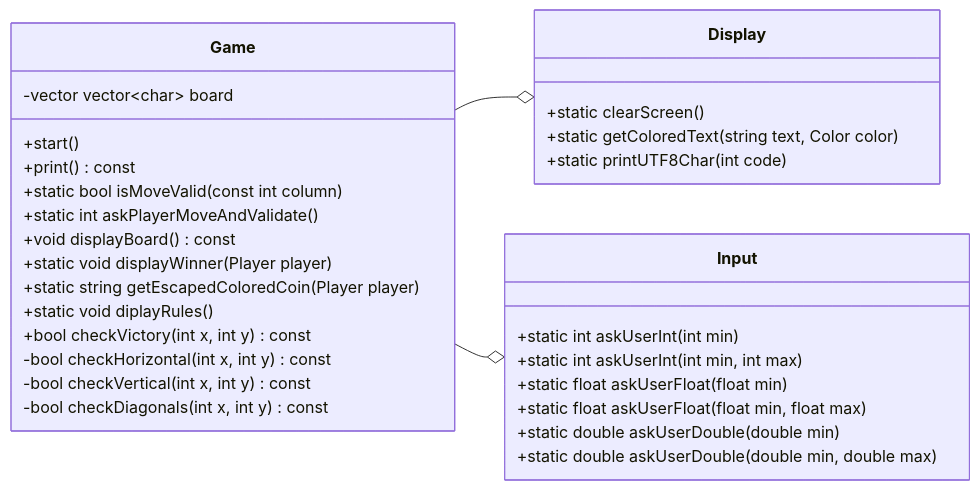
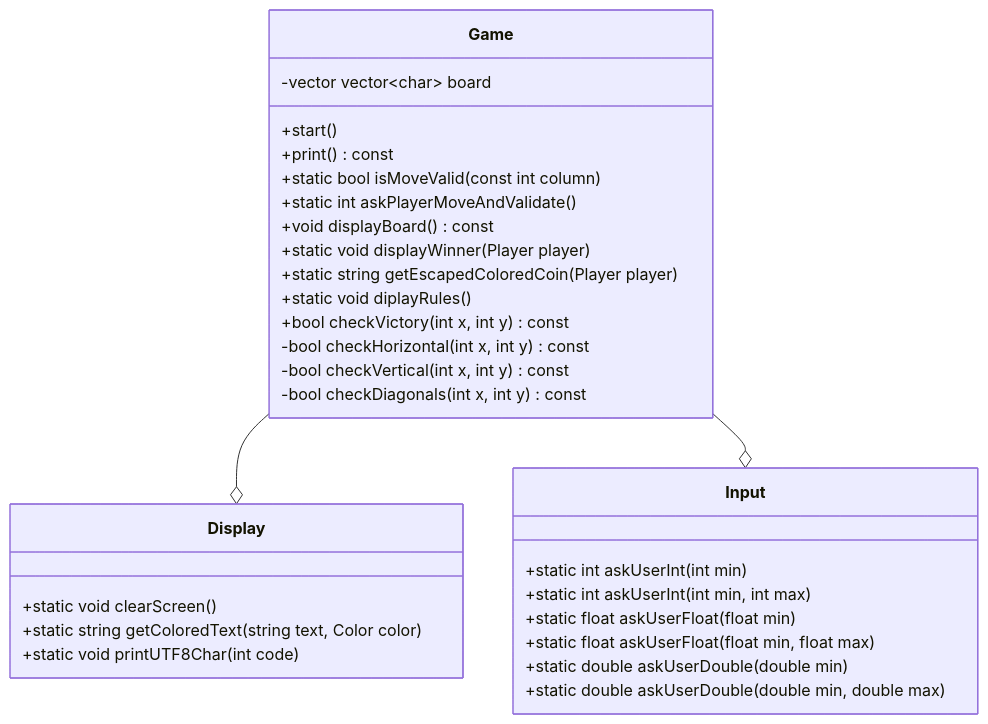
One commit to HEIGVD-PRG1-F-2022/lab05-refactor-emily-samuel changed the diagram in README.md. Above: the diagram before and after it, drawn with Mermaid.

Commit message:
readme: add missing return type

````diff
--- a/README.md
+++ b/README.md
@@ -4,34 +4,33 @@
 ```mermaid
 classDiagram
-	direction LR
 	Game --o Display
 	Game --o Input
 	class Display {
-		+static clearScreen()
-		+static getColoredText(string text, Color color)
-		+static printUTF8Char(int code)
+		+static void clearScreen()
+		+static string getColoredText(string text, Color color)
+		+static void printUTF8Char(int code)
 	}
 	class Input {
 		+static int askUserInt(int min)
 		+static int askUserInt(int min, int max)
 		+static float askUserFloat(float min)
 		+static float askUserFloat(float min, float max)
 		+static double askUserDouble(double min)
 		+static double askUserDouble(double min, double max)
 	}
 	class Game {
 		-vector vector~char~ board
 		+start()
 		+print() const
 		+static bool isMoveValid(const int column)
 		+static int askPlayerMoveAndValidate()
 		+void displayBoard() const
 		+static void displayWinner(Player player)
 		+static string getEscapedColoredCoin(Player player)
 		+static void diplayRules()
 		+bool checkVictory(int x, int y) const
 		-bool checkHorizontal(int x, int y) const
 		-bool checkVertical(int x, int y) const
 		-bool checkDiagonals(int x, int y) const
 	}
 ```
````
